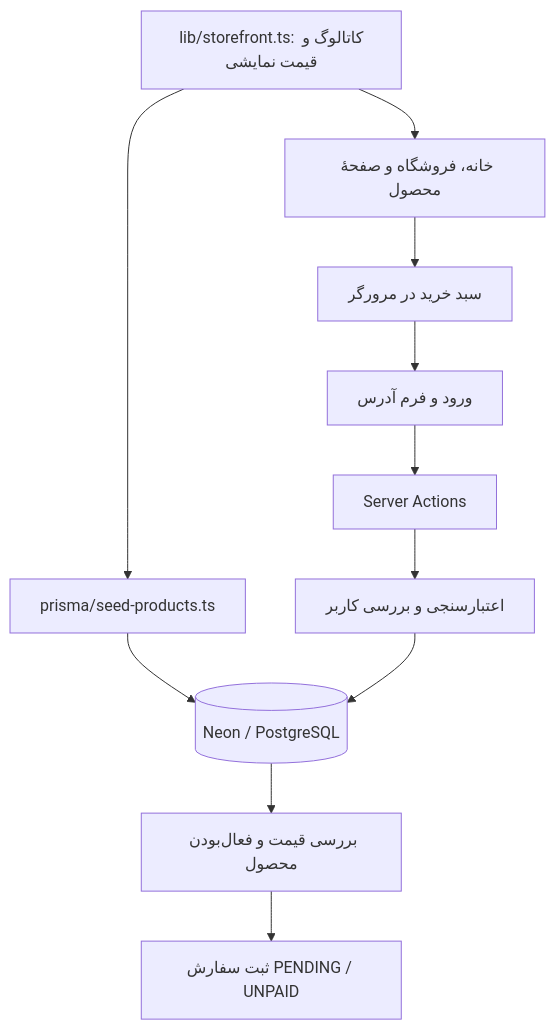
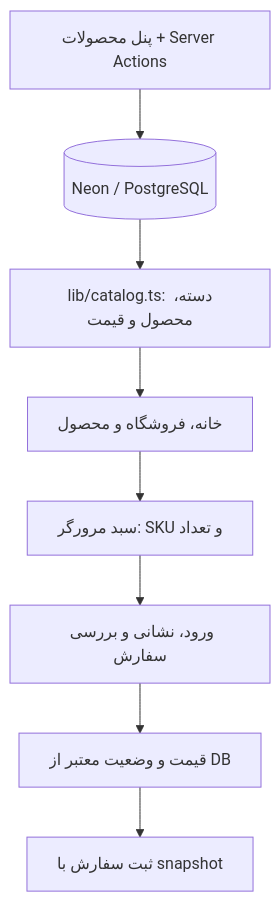
One commit to BahramMaghami/acoffee changed the first of 3 diagrams in PROJECT_GUIDE.md. Above: the diagram before and after it, drawn with Mermaid. The commit also changed other lines of this file and 49 other files, not shown here.

````diff
--- a/PROJECT_GUIDE.md
+++ b/PROJECT_GUIDE.md
@@ -21,13 +21,10 @@
 ```mermaid
 flowchart TD
-  Catalog["lib/storefront.ts: کاتالوگ و قیمت نمایشی"] --> Pages["خانه، فروشگاه و صفحهٔ محصول"]
-  Pages --> BrowserCart["سبد خرید در مرورگر"]
-  Catalog --> Seed["prisma/seed-products.ts"]
-  Seed --> DB[("Neon / PostgreSQL")]
-  BrowserCart --> Form["ورود و فرم آدرس"]
-  Form --> Actions["Server Actions"]
-  Actions --> Validation["اعتبارسنجی و بررسی کاربر"]
-  Validation --> DB
-  DB --> Quote["بررسی قیمت و فعال‌بودن محصول"]
-  Quote --> Order["ثبت سفارش PENDING / UNPAID"]
+  Admin["پنل محصولات + Server Actions"] --> DB[("Neon / PostgreSQL")]
+  DB --> Catalog["lib/catalog.ts: دسته، محصول و قیمت"]
+  Catalog --> Pages["خانه، فروشگاه و محصول"]
+  Pages --> BrowserCart["سبد مرورگر: SKU و تعداد"]
+  BrowserCart --> Checkout["ورود، نشانی و بررسی سفارش"]
+  Checkout --> Quote["قیمت و وضعیت معتبر از DB"]
+  Quote --> Order["ثبت سفارش با snapshot"]
 ```
````
